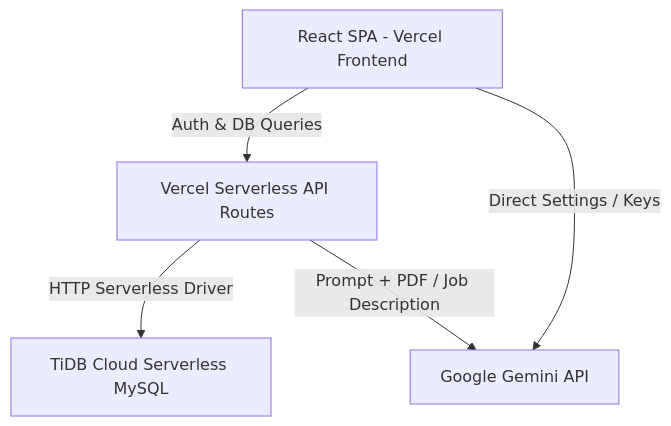
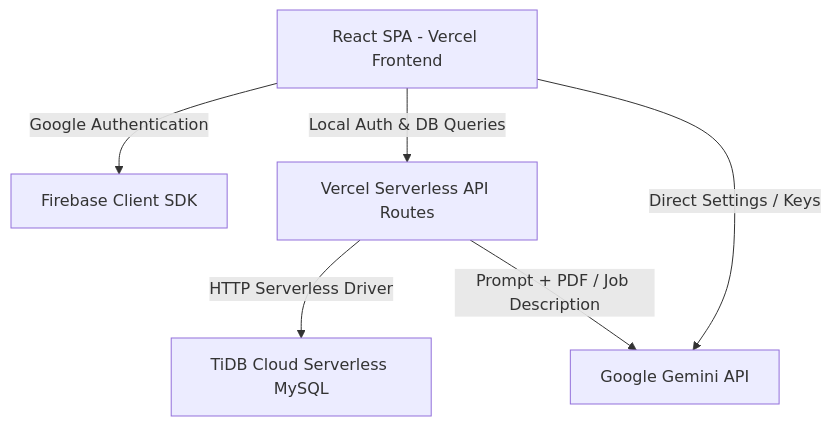
The diagram in docs/technical_architecture.md (BuildsByMT/ai-resume-analyzer-ats), drawn with Mermaid before and after one commit. The commit also changed other lines of this file and 2 other files, not shown here.

Commit message:
docs: Update README, PRD, and technical architecture with Firebase Google Auth details

````diff
--- a/docs/technical_architecture.md
+++ b/docs/technical_architecture.md
@@ -7,7 +7,8 @@
 ```mermaid
 graph TD
-    Client[React SPA - Vercel Frontend] -->|Auth & DB Queries| VercelAPIs[Vercel Serverless API Routes]
+    Client[React SPA - Vercel Frontend] -->|Google Authentication| Firebase[Firebase Client SDK]
+    Client -->|Local Auth & DB Queries| VercelAPIs[Vercel Serverless API Routes]
     Client -->|Direct Settings / Keys| GeminiAPI[Google Gemini API]
     VercelAPIs -->|HTTP Serverless Driver| TiDB[TiDB Cloud Serverless MySQL]
     VercelAPIs -->|Prompt + PDF / Job Description| GeminiAPI
 ```
````
